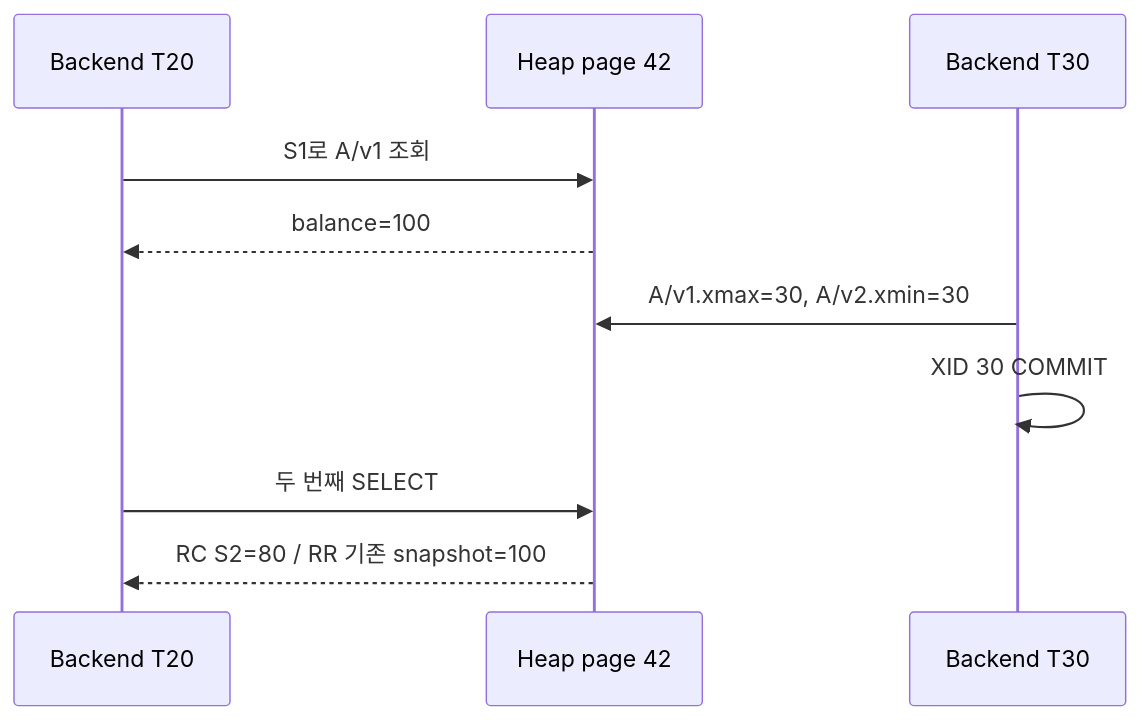
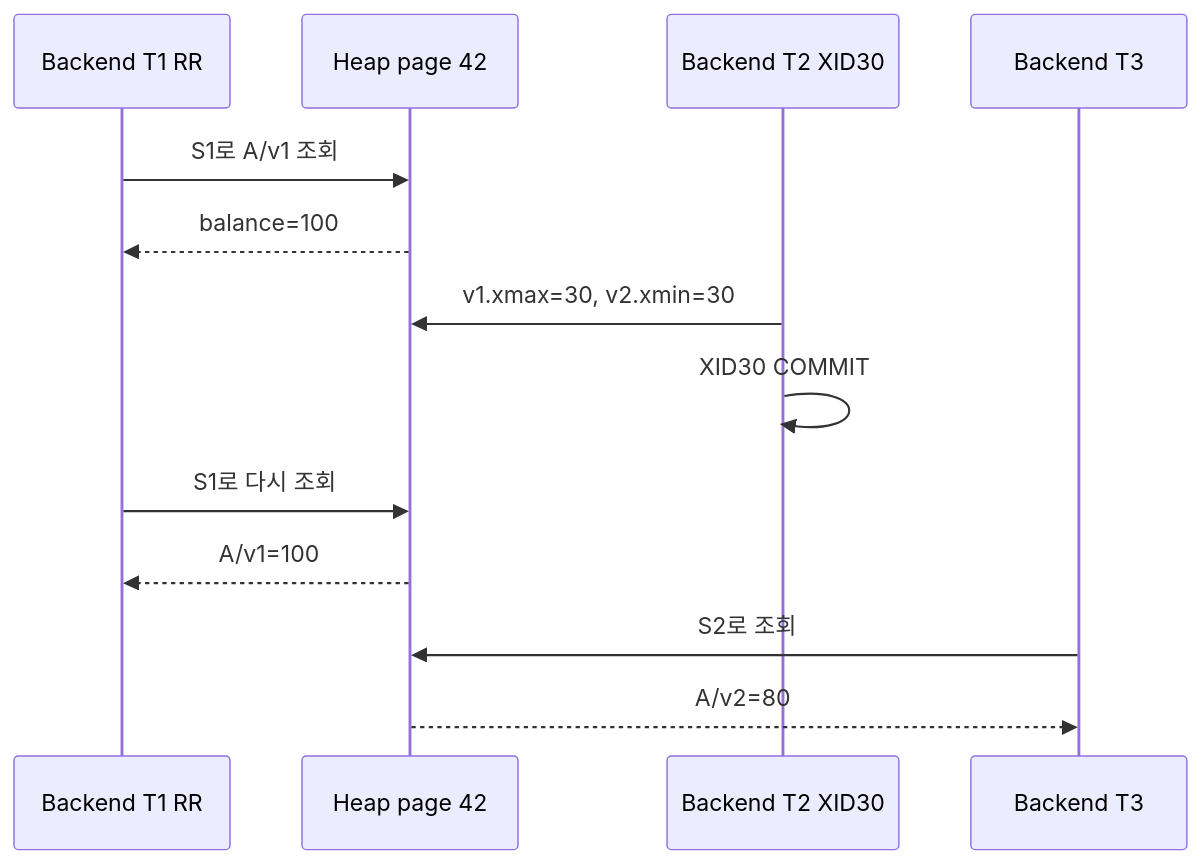
The diagram in learning/databases-query-engines/07-mvcc-and-snapshot-visibility.md (mj006648/netai-devsecops-runbook), drawn with Mermaid before and after one commit. The commit also changed other lines of this file and 62 other files, not shown here.

````diff
--- a/learning/databases-query-engines/07-mvcc-and-snapshot-visibility.md
+++ b/learning/databases-query-engines/07-mvcc-and-snapshot-visibility.md
@@ -204,12 +108,15 @@
-```mermaid
+~~~mermaid
 sequenceDiagram
- participant T20 as Backend T20
+ participant T1 as Backend T1 RR
  participant P42 as Heap page 42
- participant T30 as Backend T30
- T20->>P42: S1로 A/v1 조회
- P42-->>T20: balance=100
- T30->>P42: A/v1.xmax=30, A/v2.xmin=30
- T30->>T30: XID 30 COMMIT
- T20->>P42: 두 번째 SELECT
- P42-->>T20: RC S2=80 / RR 기존 snapshot=100
-```
+ participant T2 as Backend T2 XID30
+ participant T3 as Backend T3
+ T1->>P42: S1로 A/v1 조회
+ P42-->>T1: balance=100
+ T2->>P42: v1.xmax=30, v2.xmin=30
+ T2->>T2: XID30 COMMIT
+ T1->>P42: S1로 다시 조회
+ P42-->>T1: A/v1=100
+ T3->>P42: S2로 조회
+ P42-->>T3: A/v2=80
+~~~
````
